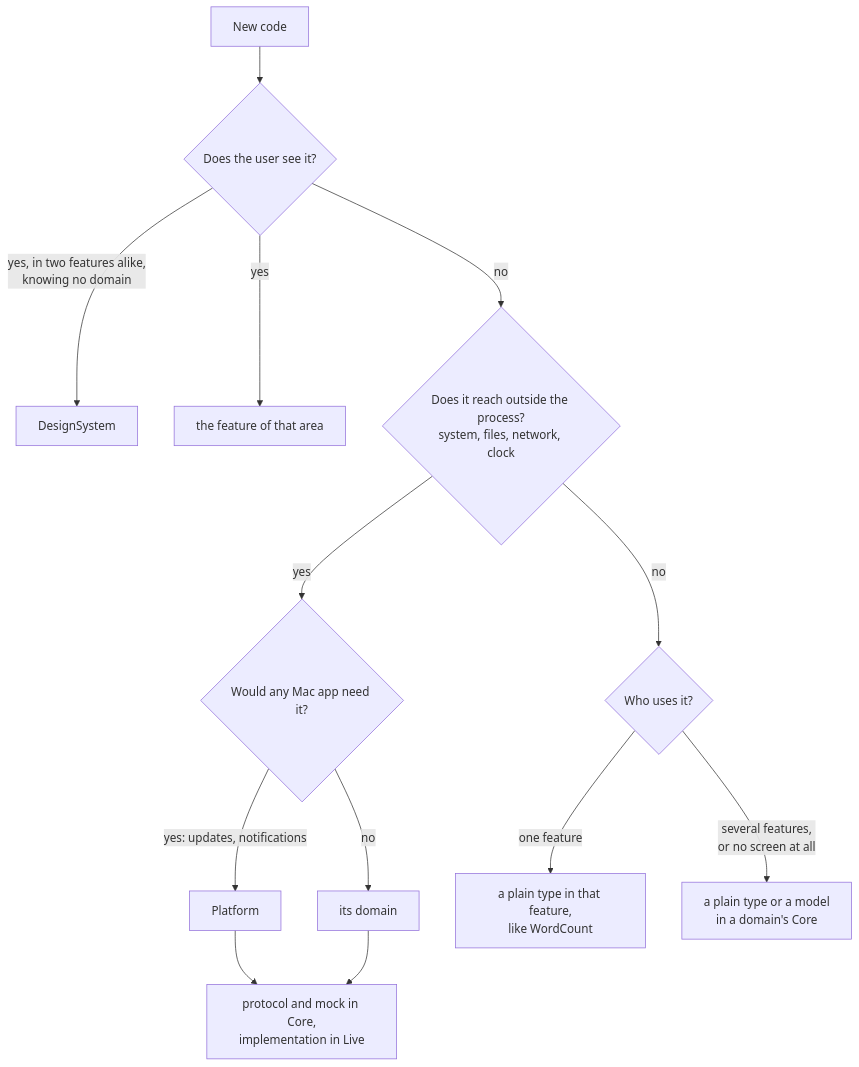
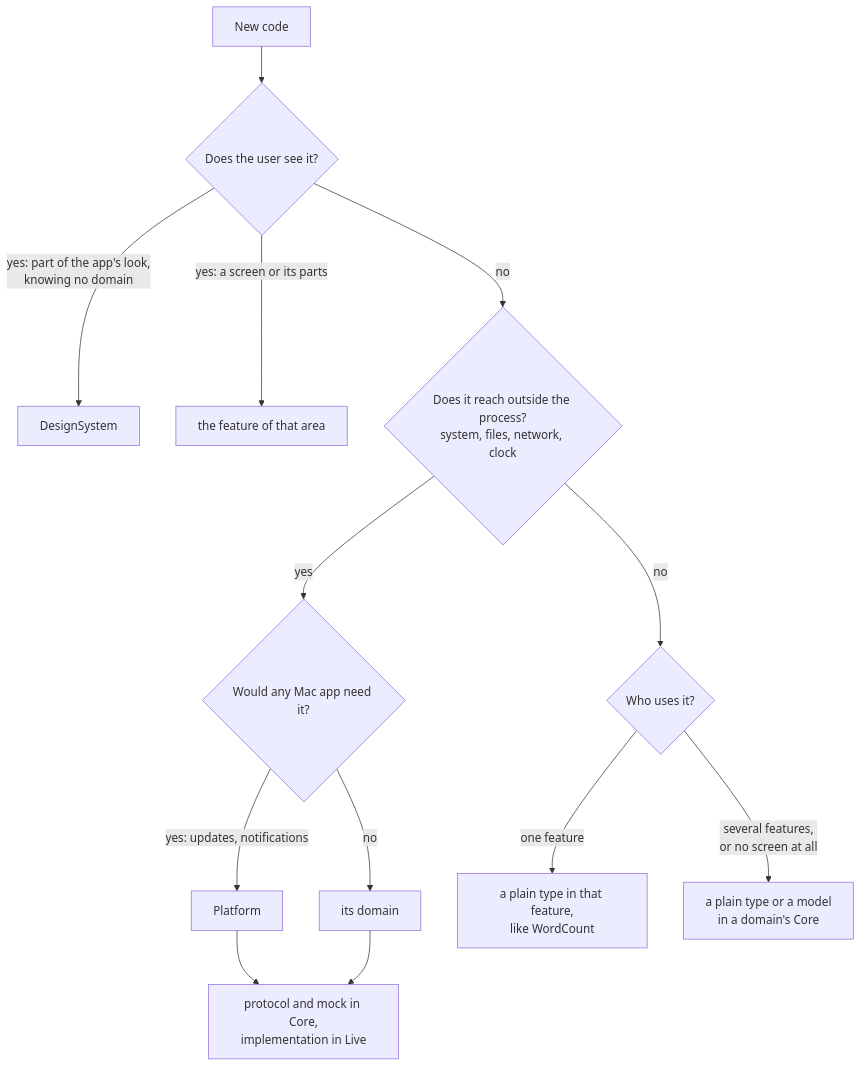
One commit to chengzi-io/macos-swiftui-spm-template changed the third of 5 diagrams in docs/ARCHITECTURE.md. Above: the diagram before and after it, drawn with Mermaid. The commit also changed other lines of this file and 2 other files, not shown here.

Commit message:
docs: put the app's look in DesignSystem

````diff
--- a/docs/ARCHITECTURE.md
+++ b/docs/ARCHITECTURE.md
@@ -98,15 +101,15 @@
 ```mermaid
 flowchart TD
     start["New code"] --> see{"Does the user see it?"}
-    see -->|"yes, in two features alike,<br/>knowing no domain"| ds["DesignSystem"]
-    see -->|yes| feature["the feature of that area"]
+    see -->|"yes: part of the app's look,<br/>knowing no domain"| ds["DesignSystem"]
+    see -->|"yes: a screen or its parts"| feature["the feature of that area"]
     see -->|no| outside{"Does it reach outside the process?<br/>system, files, network, clock"}
     outside -->|yes| anyApp{"Would any Mac app need it?"}
     anyApp -->|"yes: updates, notifications"| platform["Platform"]
     anyApp -->|no| domain["its domain"]
     platform --> split["protocol and mock in Core,<br/>implementation in Live"]
     domain --> split
     outside -->|no| users{"Who uses it?"}
     users -->|one feature| beside["a plain type in that feature,<br/>like WordCount"]
     users -->|"several features,<br/>or no screen at all"| core["a plain type or a model<br/>in a domain's Core"]
 ```
````
